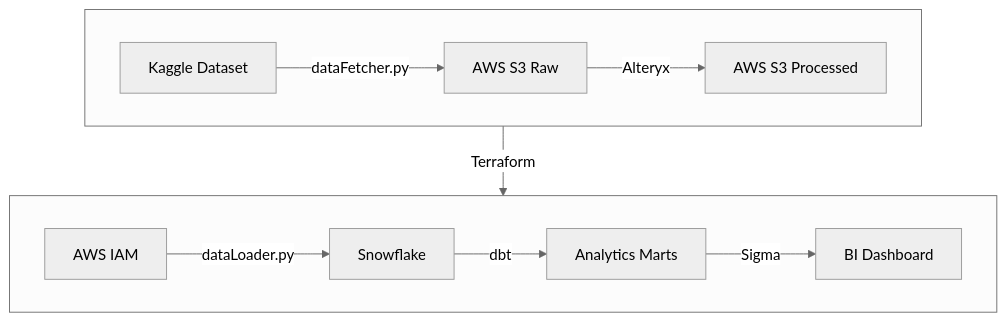
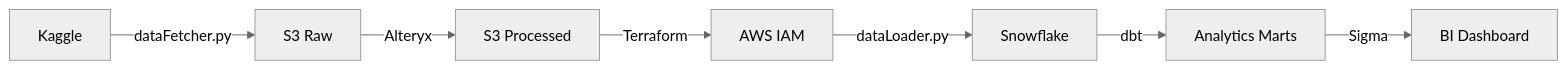
One commit to r0han01/supplyChainDataOps changed the diagram in README.md. Above: the diagram before and after it, drawn with Mermaid (neutral theme).

Commit message:
Simplify mermaid diagram to compact horizontal flow

````diff
--- a/README.md
+++ b/README.md
@@ -27,15 +27,9 @@
 ```mermaid
-graph TB
-    subgraph row1[" "]
-        direction LR
-        A[Kaggle Dataset] -->|dataFetcher.py| B[AWS S3 Raw]
-        B -->|Alteryx| C[AWS S3 Processed]
-    end
+flowchart LR
+    A[Kaggle] -->|dataFetcher.py| B[S3 Raw]
+    B -->|Alteryx| C[S3 Processed]
     C -->|Terraform| D[AWS IAM]
-    subgraph row2[" "]
-        direction LR
-        D -->|dataLoader.py| E[Snowflake]
-        E -->|dbt| F[Analytics Marts]
-        F -->|Sigma| G[BI Dashboard]
-    end
+    D -->|dataLoader.py| E[Snowflake]
+    E -->|dbt| F[Analytics Marts]
+    F -->|Sigma| G[BI Dashboard]
 ```
````
